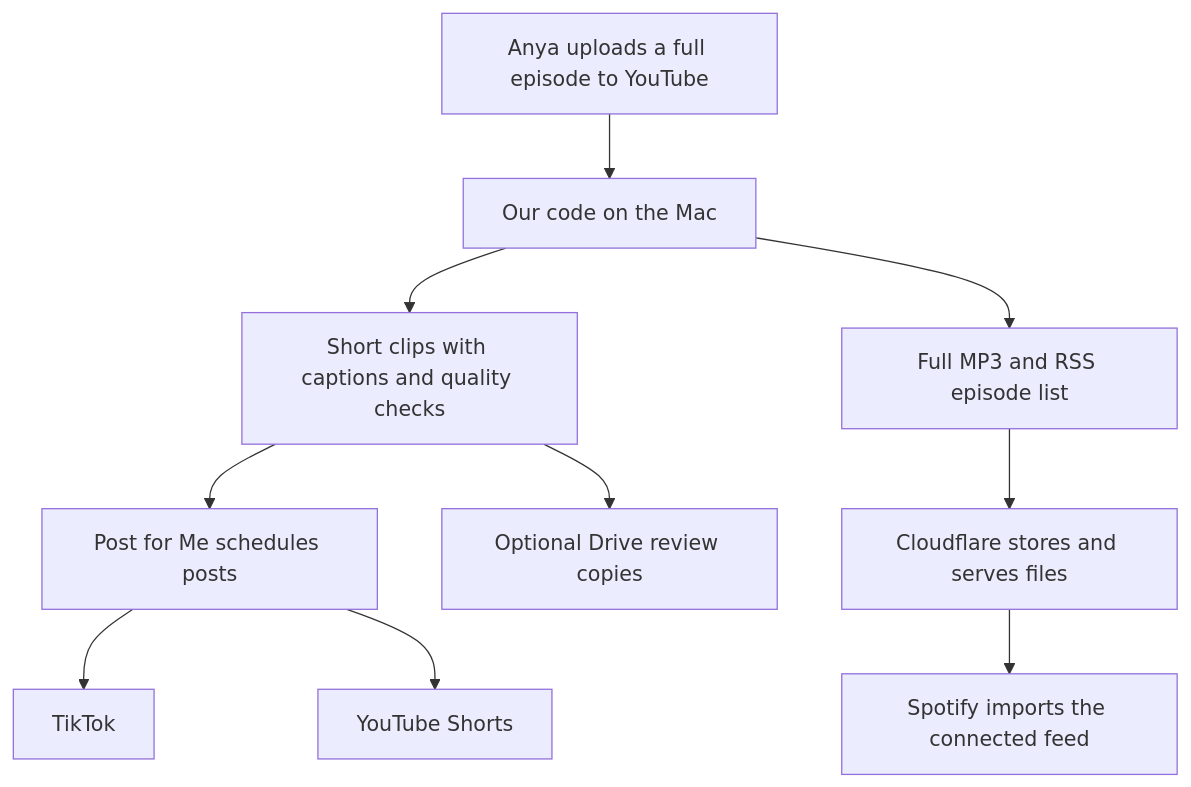
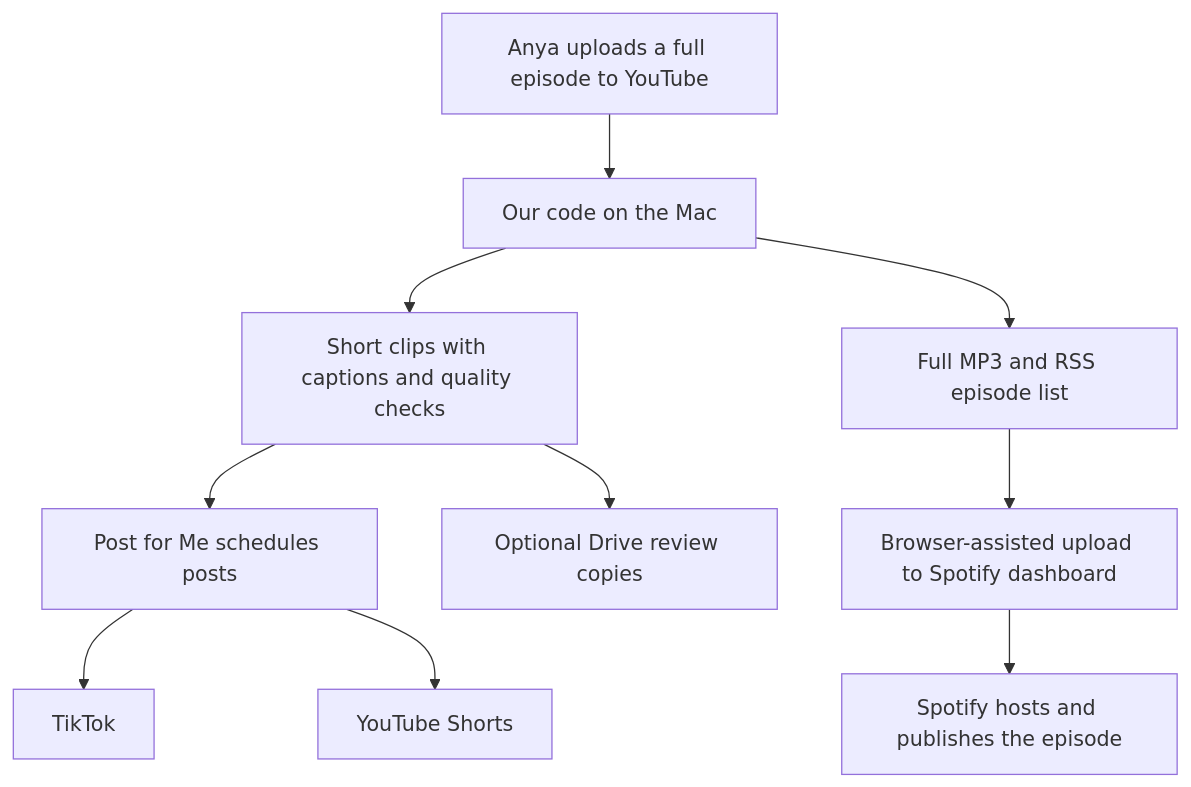
The diagram in README.md (samokarplus/booboo-expansion-project), drawn with Mermaid before and after one commit. The commit also changed other lines of this file and 2 other files, not shown here.

Commit message:
Record the real Spotify-hosted publication and remaining uploader work

````diff
--- a/README.md
+++ b/README.md
@@ -48,12 +48,12 @@
 ```mermaid
 flowchart TD
     A[Anya uploads a full episode to YouTube] --> B[Our code on the Mac]
     B --> C[Short clips with captions and quality checks]
     C --> D[Post for Me schedules posts]
     D --> E[TikTok]
     D --> F[YouTube Shorts]
     C --> G[Optional Drive review copies]
     B --> H[Full MP3 and RSS episode list]
-    H --> I[Cloudflare stores and serves files]
-    I --> J[Spotify imports the connected feed]
+    H --> I[Browser-assisted upload to Spotify dashboard]
+    I --> J[Spotify hosts and publishes the episode]
 ```
````
